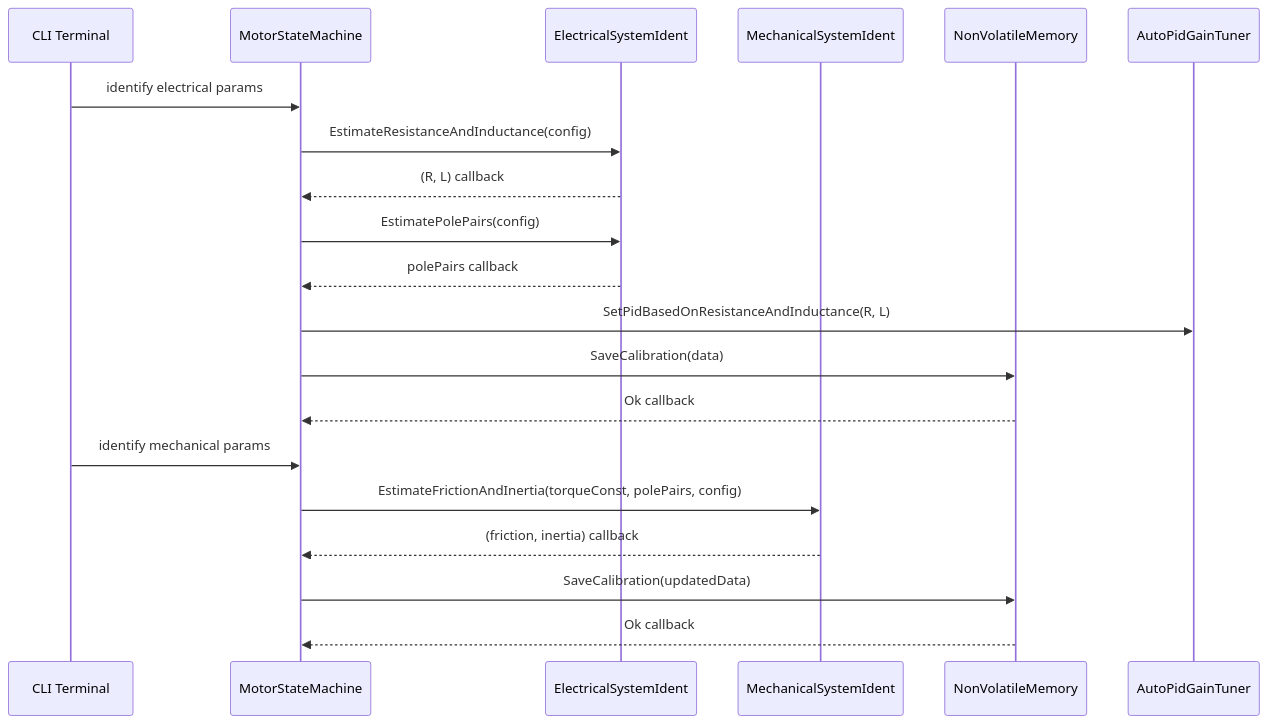
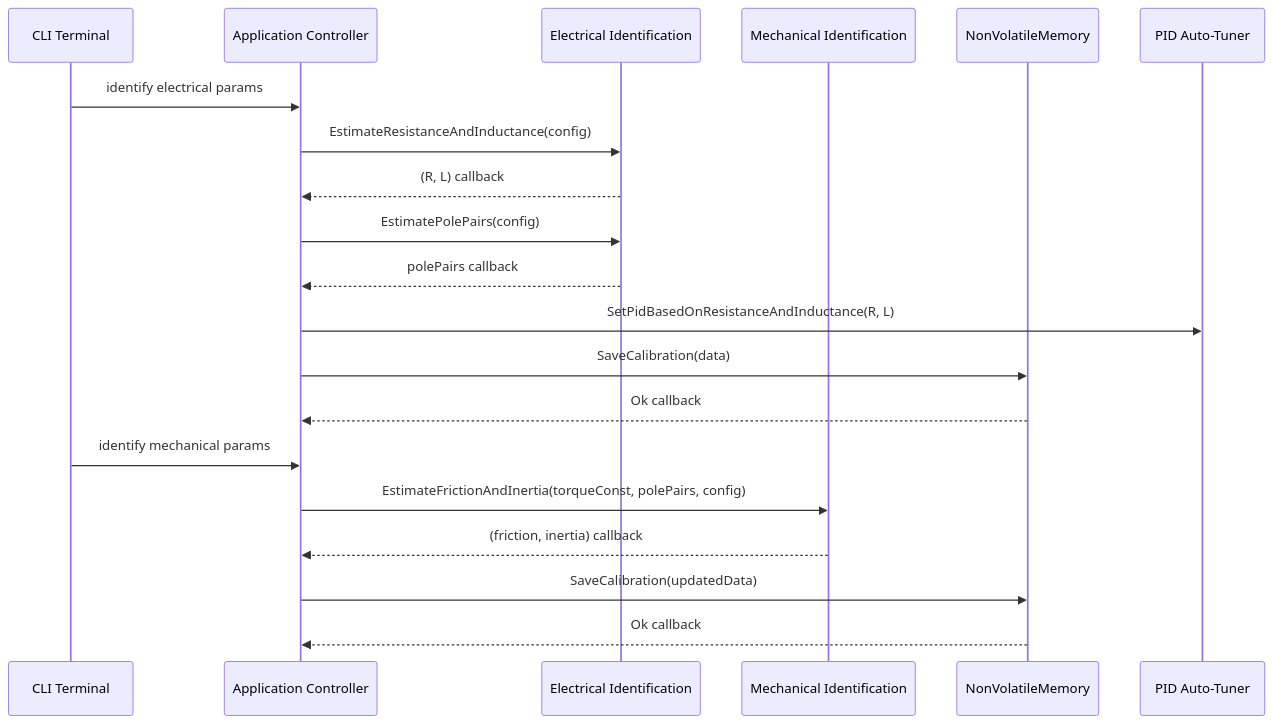
Before and after one commit to embedded-pro/e-foc: the fifth of 5 diagrams in documentation/architecture/system.md, drawn with Mermaid. The commit also changed other lines of this file and 2 other files, not shown here.

````diff
--- a/documentation/architecture/system.md
+++ b/documentation/architecture/system.md
@@ -270,24 +268,24 @@
 ```mermaid
 sequenceDiagram
     participant CLI as CLI Terminal
-    participant SM as MotorStateMachine
-    participant ELEC as ElectricalSystemIdent
-    participant MECH as MechanicalSystemIdent
+    participant SM as Application Controller
+    participant ELEC as Electrical Identification
+    participant MECH as Mechanical Identification
     participant NVM as NonVolatileMemory
-    participant PID as AutoPidGainTuner
+    participant PID as PID Auto-Tuner
 
     CLI->>SM: identify electrical params
     SM->>ELEC: EstimateResistanceAndInductance(config)
     ELEC-->>SM: (R, L) callback
     SM->>ELEC: EstimatePolePairs(config)
     ELEC-->>SM: polePairs callback
     SM->>PID: SetPidBasedOnResistanceAndInductance(R, L)
     SM->>NVM: SaveCalibration(data)
     NVM-->>SM: Ok callback
 
     CLI->>SM: identify mechanical params
     SM->>MECH: EstimateFrictionAndInertia(torqueConst, polePairs, config)
     MECH-->>SM: (friction, inertia) callback
     SM->>NVM: SaveCalibration(updatedData)
     NVM-->>SM: Ok callback
 ```
````
